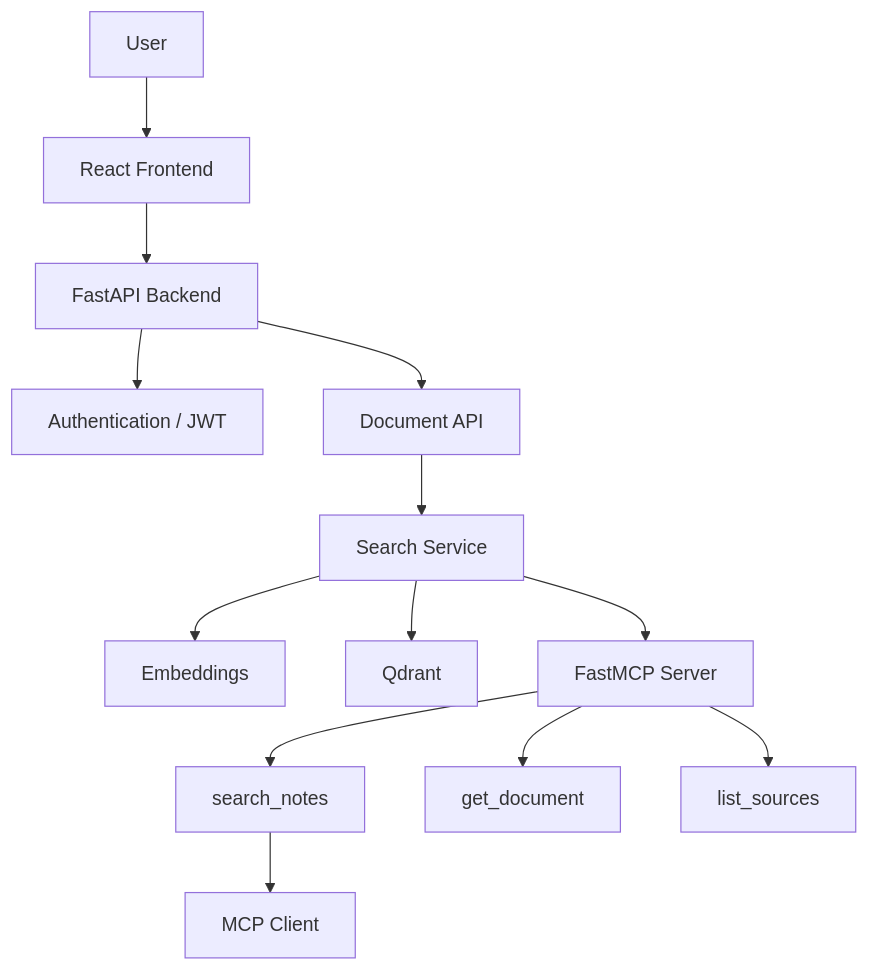
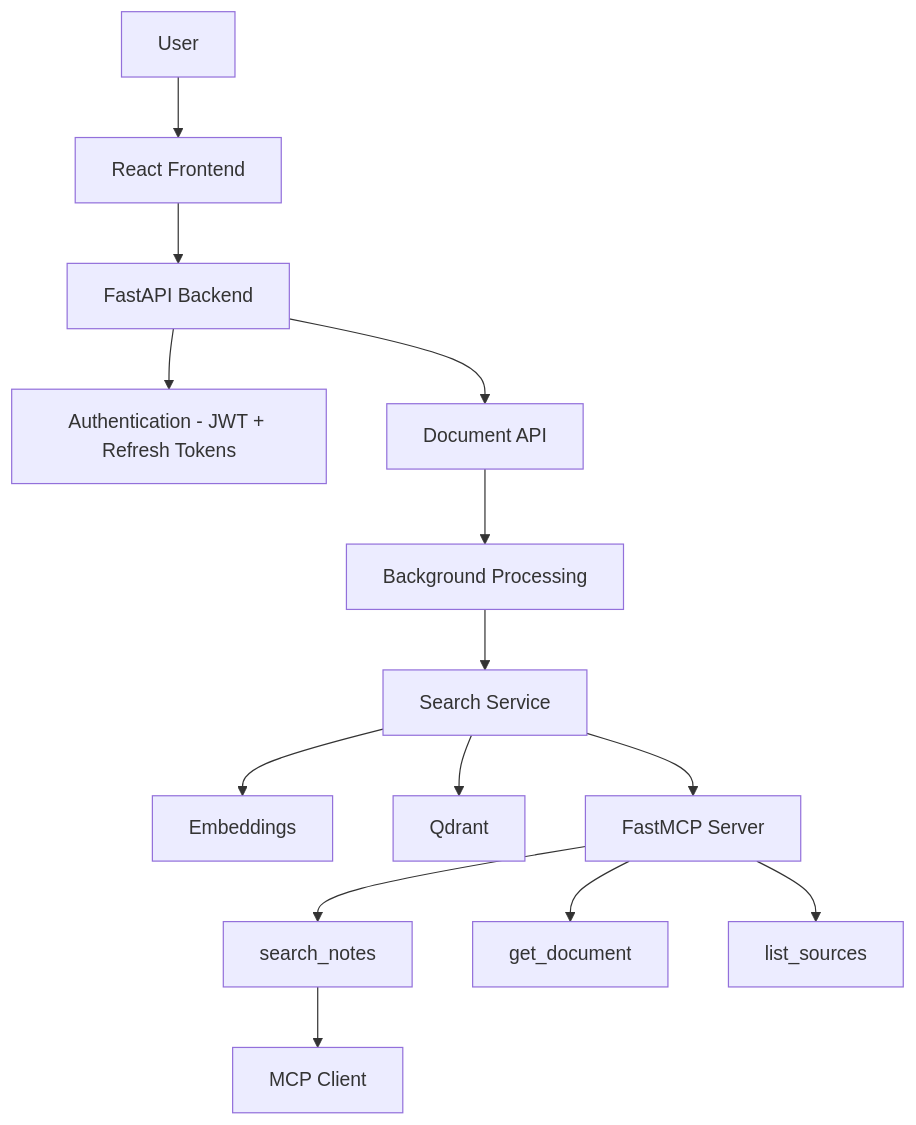
The diagram in README.md (Calipha-Rayyan/Personal-Knowledge-Base-MCP), drawn with Mermaid before and after one commit. The commit also changed other lines of this file and 12 other files, not shown here.

````diff
--- a/README.md
+++ b/README.md
@@ -11,15 +13,16 @@
 ```mermaid
 flowchart TD
     U[User] --> FE[React Frontend]
     FE --> API[FastAPI Backend]
-    API --> AUTH[Authentication / JWT]
+    API --> AUTH[Authentication - JWT + Refresh Tokens]
     API --> DOCS[Document API]
-    DOCS --> SVC[Search Service]
+    DOCS --> BG[Background Processing]
+    BG --> SVC[Search Service]
     SVC --> EMB[Embeddings]
     SVC --> QD[Qdrant]
     SVC --> MCP[FastMCP Server]
     MCP --> T1[search_notes]
     MCP --> T2[get_document]
     MCP --> T3[list_sources]
     T1 --> CLIENT[MCP Client]
 ```
````
